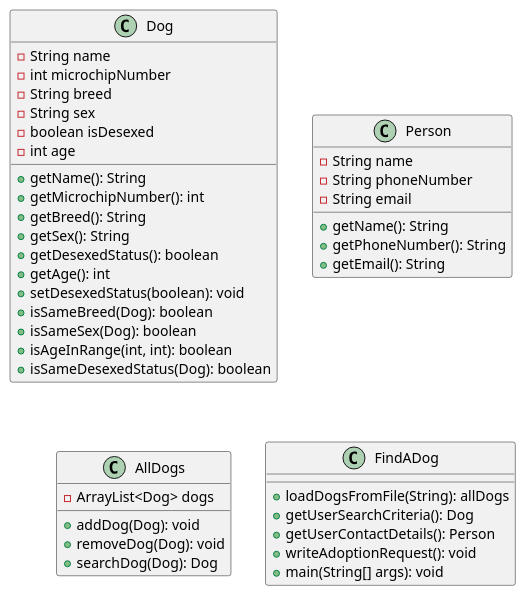
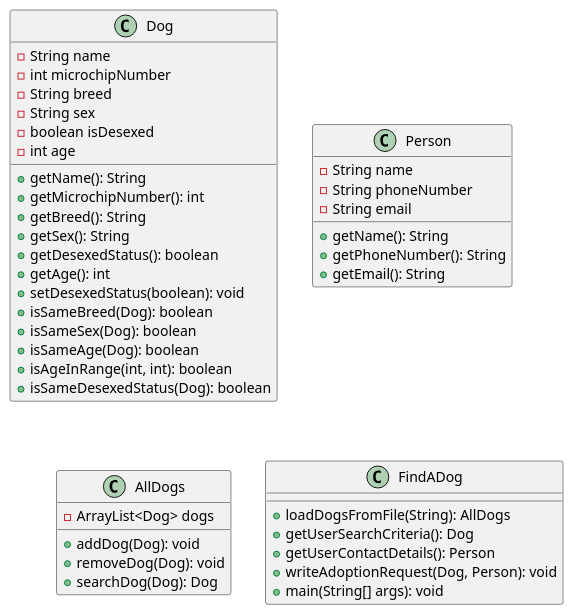
One commit to dangoodie/cosc120 changed the diagram in tutorials/tutorial4/DesignDiagram.md. Above: the diagram before and after it, drawn with PlantUML. The commit also changed 5 other files, not shown here.

````diff
--- a/tutorials/tutorial4/DesignDiagram.md
+++ b/tutorials/tutorial4/DesignDiagram.md
@@ -2,49 +2,50 @@
 ```plantuml
 @startuml
 class Dog {
     - String name
     - int microchipNumber
     - String breed
     - String sex
     - boolean isDesexed
     - int age
     + getName(): String
     + getMicrochipNumber(): int
     + getBreed(): String
     + getSex(): String
     + getDesexedStatus(): boolean
     + getAge(): int
     + setDesexedStatus(boolean): void
     + isSameBreed(Dog): boolean
     + isSameSex(Dog): boolean
+    + isSameAge(Dog): boolean
     + isAgeInRange(int, int): boolean
     + isSameDesexedStatus(Dog): boolean
 }
 
 class Person {
     - String name
     - String phoneNumber
     - String email
     + getName(): String
     + getPhoneNumber(): String
     + getEmail(): String
 }
 
 class AllDogs {
     - ArrayList<Dog> dogs
     + addDog(Dog): void
     + removeDog(Dog): void
     + searchDog(Dog): Dog
 }
 
 class FindADog {
-    + loadDogsFromFile(String): allDogs
+    + loadDogsFromFile(String): AllDogs
     + getUserSearchCriteria(): Dog
     + getUserContactDetails(): Person
-    + writeAdoptionRequest(): void
+    + writeAdoptionRequest(Dog, Person): void
     + main(String[] args): void
 }
   
   
 @enduml
 ```
````
